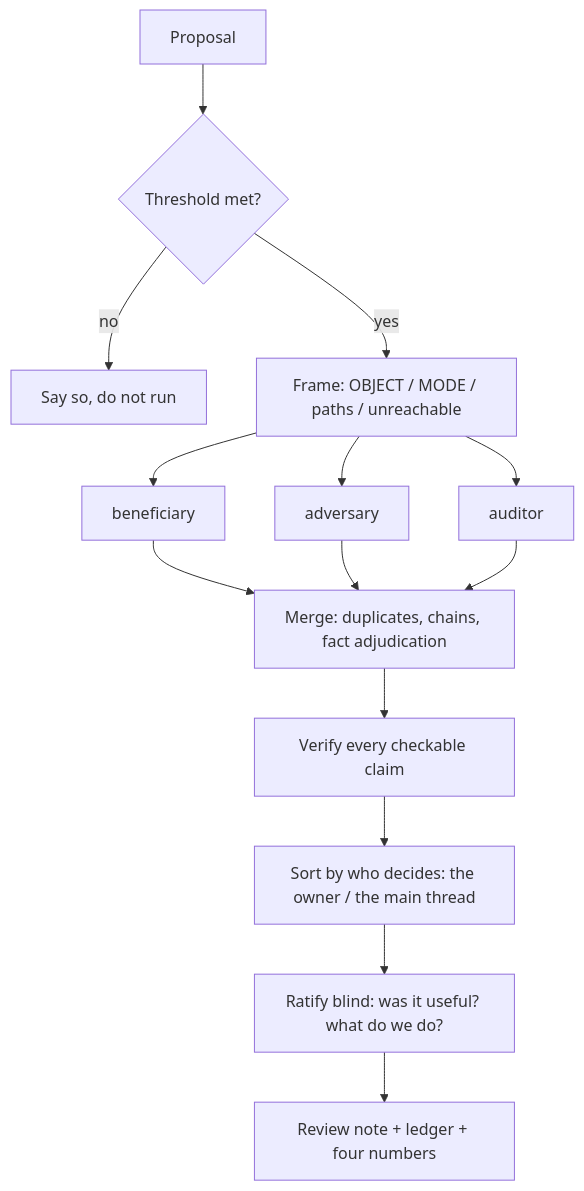
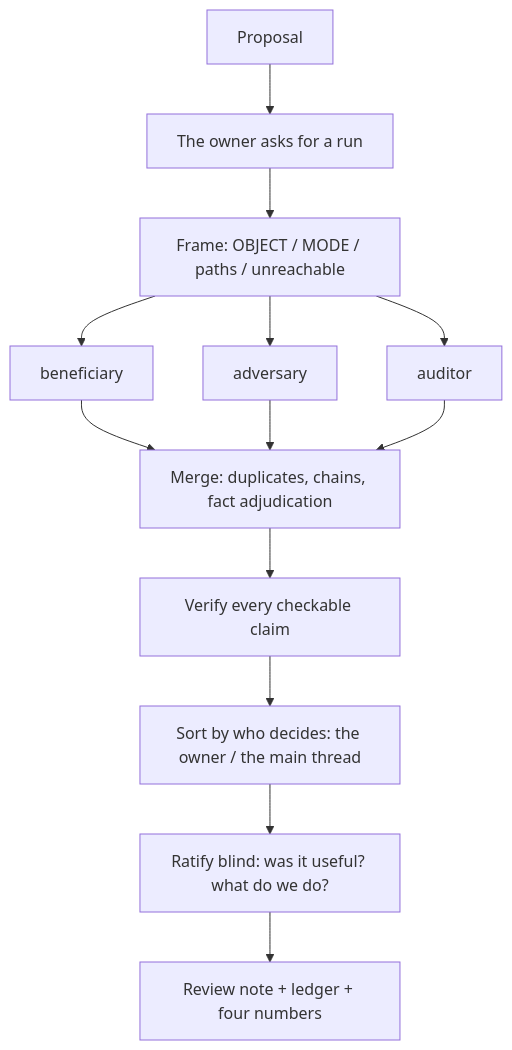
Before and after one commit to KirillMaksimov/kai-critic: the diagram in README.md, drawn with Mermaid. The commit also changed other lines of this file and 2 other files, not shown here.

First line of the commit message:
0.9.1: the README stops describing a calling threshold, and its layout lists lab/ and tools/

````diff
--- a/README.md
+++ b/README.md
@@ -28,16 +28,15 @@
 ```mermaid
 flowchart TD
-    P[Proposal] --> G{Threshold met?}
-    G -->|no| STOP[Say so, do not run]
-    G -->|yes| F[Frame: OBJECT / MODE / paths / unreachable]
+    P[Proposal] --> A[The owner asks for a run]
+    A --> F[Frame: OBJECT / MODE / paths / unreachable]
     F --> L1[beneficiary]
     F --> L2[adversary]
     F --> L3[auditor]
     L1 --> M[Merge: duplicates, chains, fact adjudication]
     L2 --> M
     L3 --> M
     M --> V[Verify every checkable claim]
     V --> S[Sort by who decides: the owner / the main thread]
     S --> R[Ratify blind: was it useful? what do we do?]
     R --> LAND[Review note + ledger + four numbers]
 ```
````
